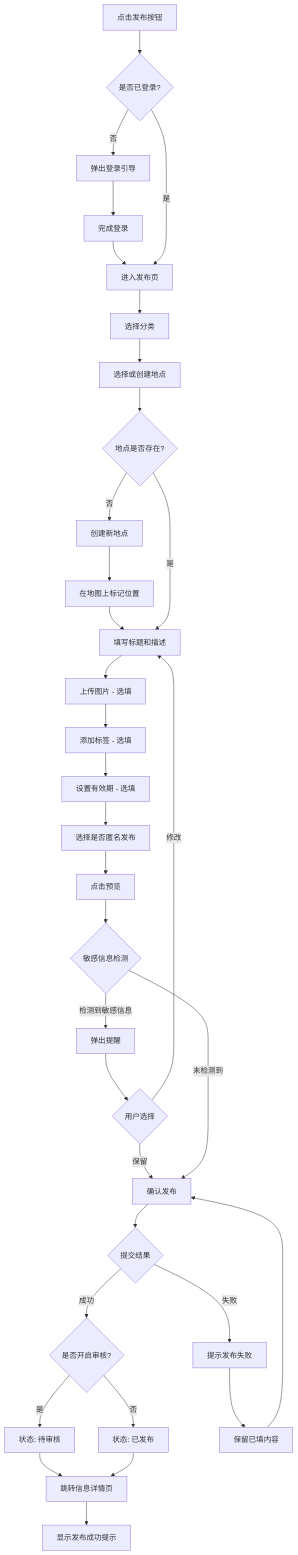
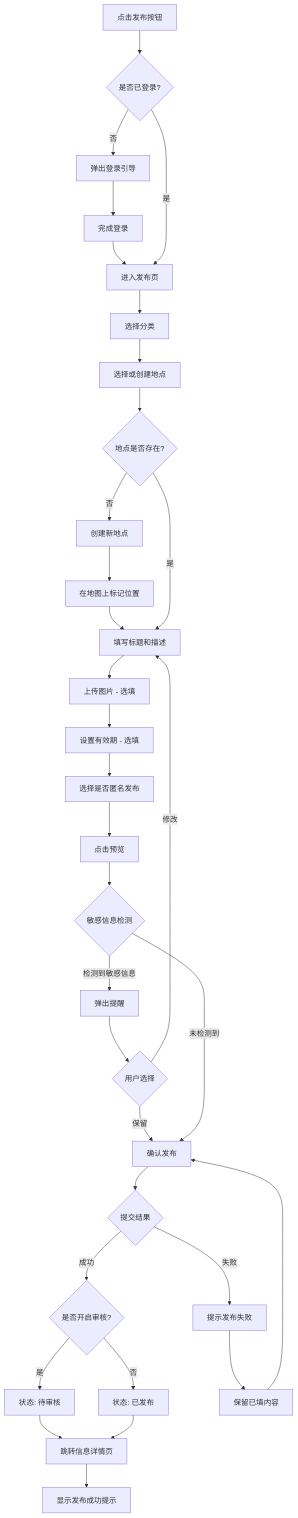
One commit to ChadBi/moment-campus-opengauss changed the second of 3 diagrams in docs/05_user_flows.md. Above: the diagram before and after it, drawn with Mermaid. The commit also changed other lines of this file and 17 other files, not shown here.

````diff
--- a/docs/05_user_flows.md
+++ b/docs/05_user_flows.md
@@ -858,36 +842,35 @@
 ```mermaid
 flowchart TD
     A[点击发布按钮] --> B{是否已登录?}
     B -- 否 --> C[弹出登录引导]
     C --> D[完成登录]
     D --> E[进入发布页]
     B -- 是 --> E
     E --> F[选择分类]
     F --> G[选择或创建地点]
     G --> H{地点是否存在?}
     H -- 否 --> I[创建新地点]
     I --> J[在地图上标记位置]
     J --> K[填写标题和描述]
     H -- 是 --> K
     K --> L[上传图片 - 选填]
-    L --> M[添加标签 - 选填]
-    M --> N[设置有效期 - 选填]
-    N --> O[选择是否匿名发布]
-    O --> P[点击预览]
-    P --> Q{敏感信息检测}
-    Q -- 检测到敏感信息 --> R[弹出提醒]
-    R --> S{用户选择}
-    S -- 修改 --> K
-    S -- 保留 --> T[确认发布]
-    Q -- 未检测到 --> T
-    T --> U{提交结果}
-    U -- 成功 --> V{是否开启审核?}
-    V -- 是 --> W[状态: 待审核]
-    V -- 否 --> X[状态: 已发布]
-    W --> Y[跳转信息详情页]
-    X --> Y
-    Y --> Z[显示发布成功提示]
-    U -- 失败 --> AA[提示发布失败]
-    AA --> AB[保留已填内容]
-    AB --> T
+    L --> M[设置有效期 - 选填]
+    M --> N[选择是否匿名发布]
+    N --> O[点击预览]
+    O --> P{敏感信息检测}
+    P -- 检测到敏感信息 --> Q[弹出提醒]
+    Q --> R{用户选择}
+    R -- 修改 --> K
+    R -- 保留 --> S[确认发布]
+    P -- 未检测到 --> S
+    S --> T{提交结果}
+    T -- 成功 --> U{是否开启审核?}
+    U -- 是 --> V[状态: 待审核]
+    U -- 否 --> W[状态: 已发布]
+    V --> X[跳转信息详情页]
+    W --> X
+    X --> Y[显示发布成功提示]
+    T -- 失败 --> Z[提示发布失败]
+    Z --> AA[保留已填内容]
+    AA --> S
 ```
````
